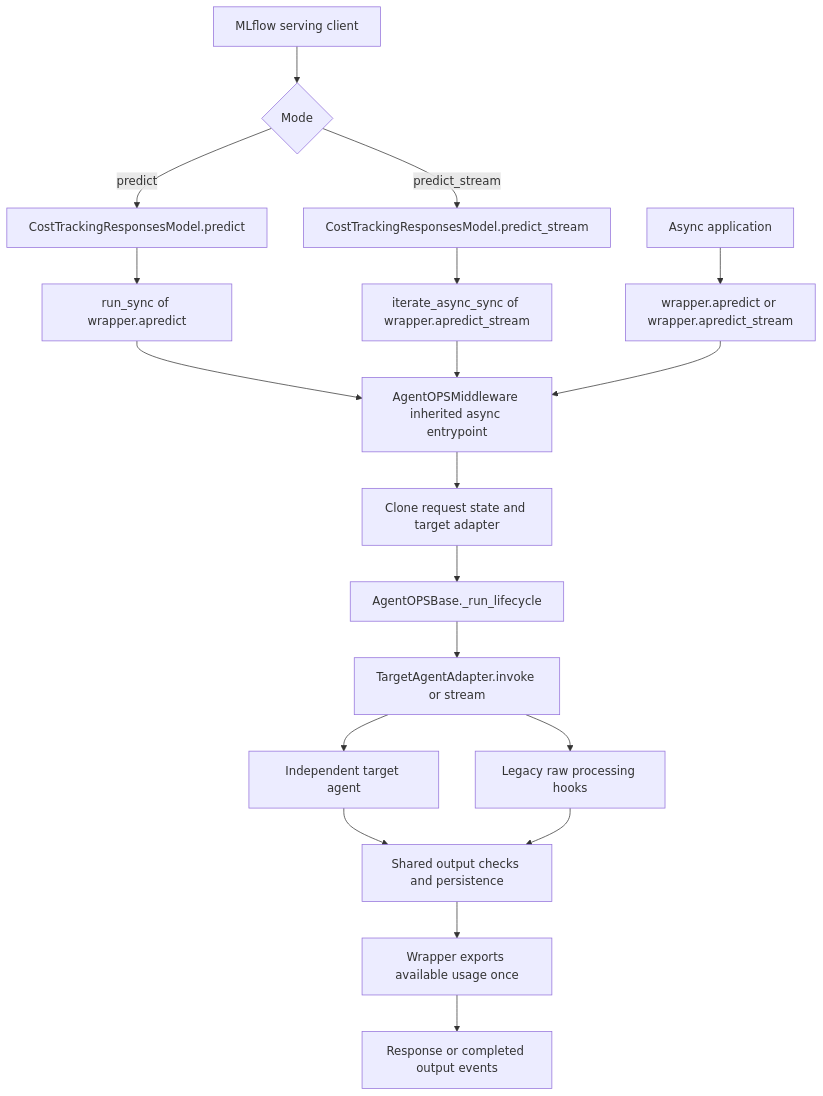
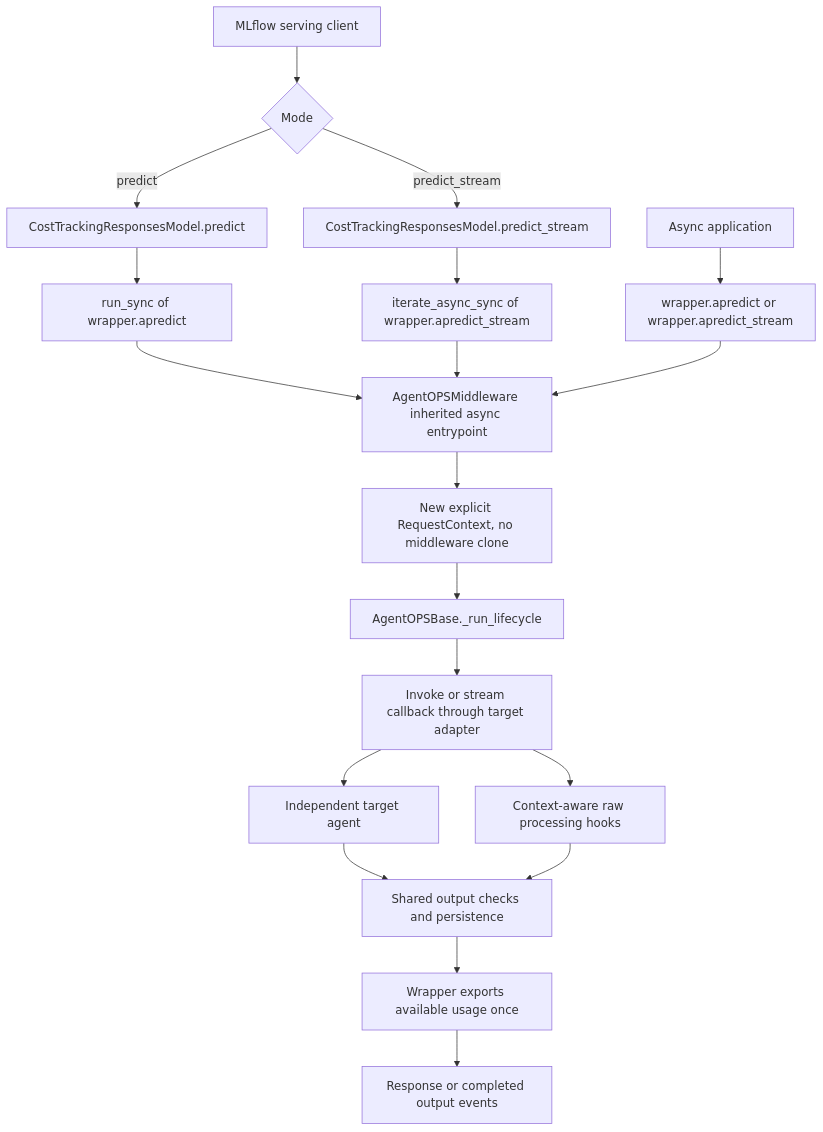
Before and after one commit to Narendra9999/Agentops-service: the first of 5 diagrams in docs/development/agentops-request-lifecycle.md, drawn with Mermaid. The commit also changed other lines of this file and 28 other files, not shown here.

Commit message:
Refactor inference to clone-free callbacks with explicit request context

````diff
--- a/docs/development/agentops-request-lifecycle.md
+++ b/docs/development/agentops-request-lifecycle.md
@@ -30,21 +30,21 @@
 ```mermaid
 flowchart TD
     U[MLflow serving client] --> M{Mode}
     M -->|predict| P[CostTrackingResponsesModel.predict]
     M -->|predict_stream| S[CostTrackingResponsesModel.predict_stream]
     P --> R[run_sync of wrapper.apredict]
     S --> I[iterate_async_sync of wrapper.apredict_stream]
     A[Async application] --> AP[wrapper.apredict or wrapper.apredict_stream]
     R --> B[AgentOPSMiddleware inherited async entrypoint]
     I --> B
     AP --> B
-    B --> C[Clone request state and target adapter]
+    B --> C[New explicit RequestContext, no middleware clone]
     C --> L[AgentOPSBase._run_lifecycle]
-    L --> D[TargetAgentAdapter.invoke or stream]
+    L --> D[Invoke or stream callback through target adapter]
     D --> T[Independent target agent]
-    D --> H[Legacy raw processing hooks]
+    D --> H[Context-aware raw processing hooks]
     T --> O[Shared output checks and persistence]
     H --> O
     O --> E[Wrapper exports available usage once]
     E --> F[Response or completed output events]
 ```
````
